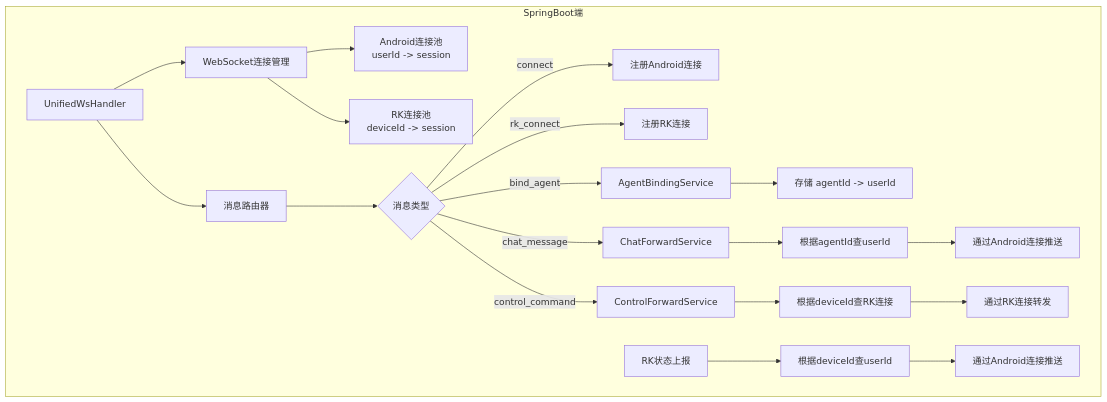
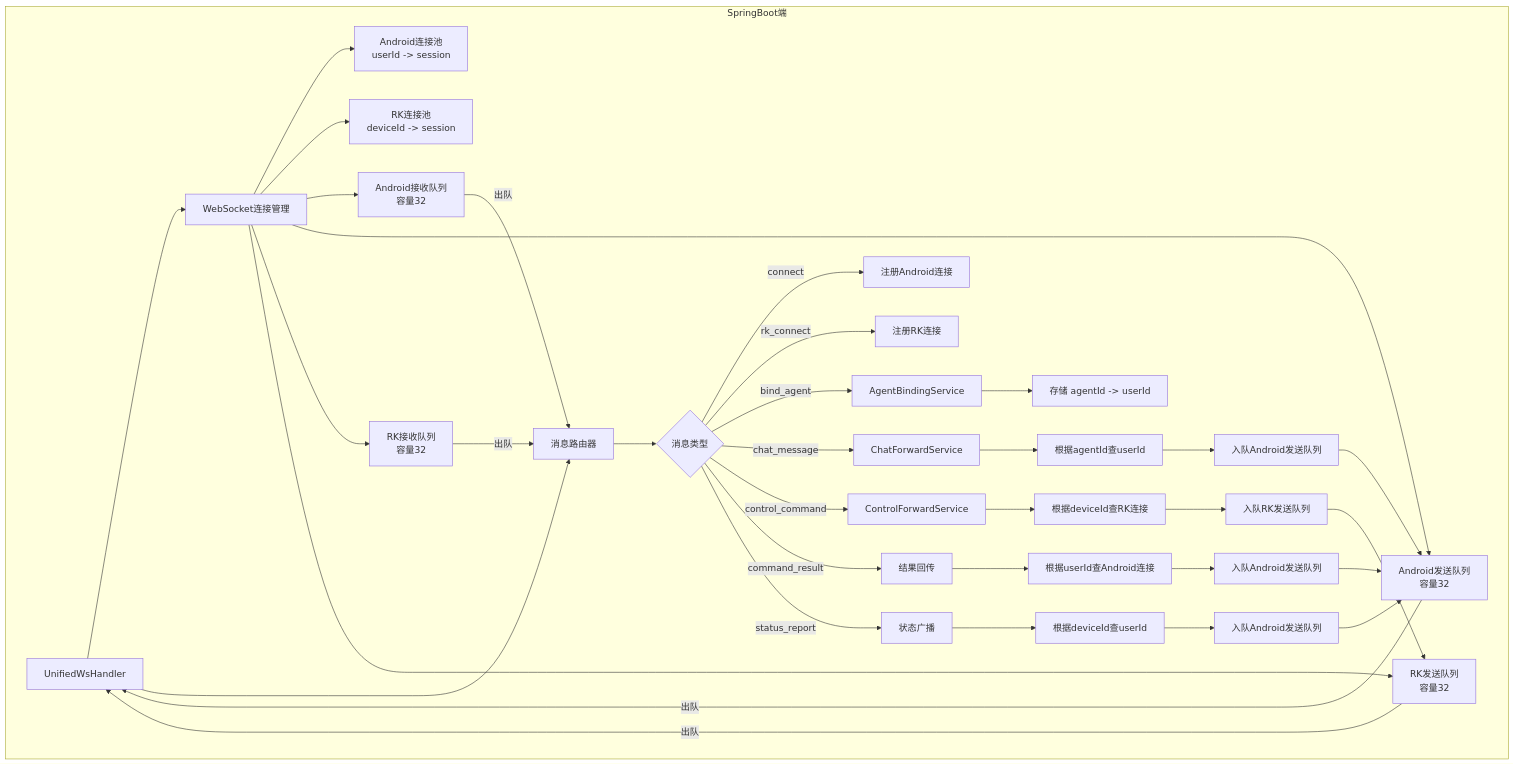
One commit to nangong918/magic-vector changed the fourth of 6 diagrams in cursor/WS重构.md. Above: the diagram before and after it, drawn with Mermaid. The commit also changed other lines of this file, not shown here.

````diff
--- a/cursor/WS重构.md
+++ b/cursor/WS重构.md
@@ -77,30 +81,48 @@
 ```mermaid
 flowchart TD
     subgraph SpringBoot端
         A[UnifiedWsHandler] --> B[WebSocket连接管理]
 
         B --> C[Android连接池<br/>userId -> session]
         B --> D[RK连接池<br/>deviceId -> session]
+        B --> E[Android接收队列<br/>容量32]
+        B --> F[Android发送队列<br/>容量32]
+        B --> G[RK接收队列<br/>容量32]
+        B --> H[RK发送队列<br/>容量32]
 
-        A --> E[消息路由器]
+        A --> I[消息路由器]
 
-        E --> F{消息类型}
+        I --> J{消息类型}
 
-        F -->|connect| G[注册Android连接]
-        F -->|rk_connect| H[注册RK连接]
-        F -->|bind_agent| I[AgentBindingService]
-        F -->|chat_message| J[ChatForwardService]
-        F -->|control_command| K[ControlForwardService]
+        J -->|connect| K[注册Android连接]
+        J -->|rk_connect| L[注册RK连接]
+        J -->|bind_agent| M[AgentBindingService]
+        J -->|chat_message| N[ChatForwardService]
+        J -->|control_command| O[ControlForwardService]
+        J -->|command_result| P[结果回传]
+        J -->|status_report| Q[状态广播]
 
-        I --> L[存储 agentId -> userId]
+        M --> R[存储 agentId -> userId]
+        N --> S[根据agentId查userId]
+        S --> T[入队Android发送队列]
 
-        J --> M[根据agentId查userId]
-        M --> N[通过Android连接推送]
+        O --> U[根据deviceId查RK连接]
+        U --> V[入队RK发送队列]
 
-        K --> O[根据deviceId查RK连接]
-        O --> P[通过RK连接转发]
+        P --> W[根据userId查Android连接]
+        W --> X[入队Android发送队列]
 
-        Q[RK状态上报] --> R[根据deviceId查userId]
-        R --> S[通过Android连接推送]
+        Q --> Y[根据deviceId查userId]
+        Y --> Z[入队Android发送队列]
+
+        T --> F
+        V --> H
+        X --> F
+        Z --> F
+
+        E -->|出队| I
+        F -->|出队| A
+        G -->|出队| I
+        H -->|出队| A
     end
 ```
````
